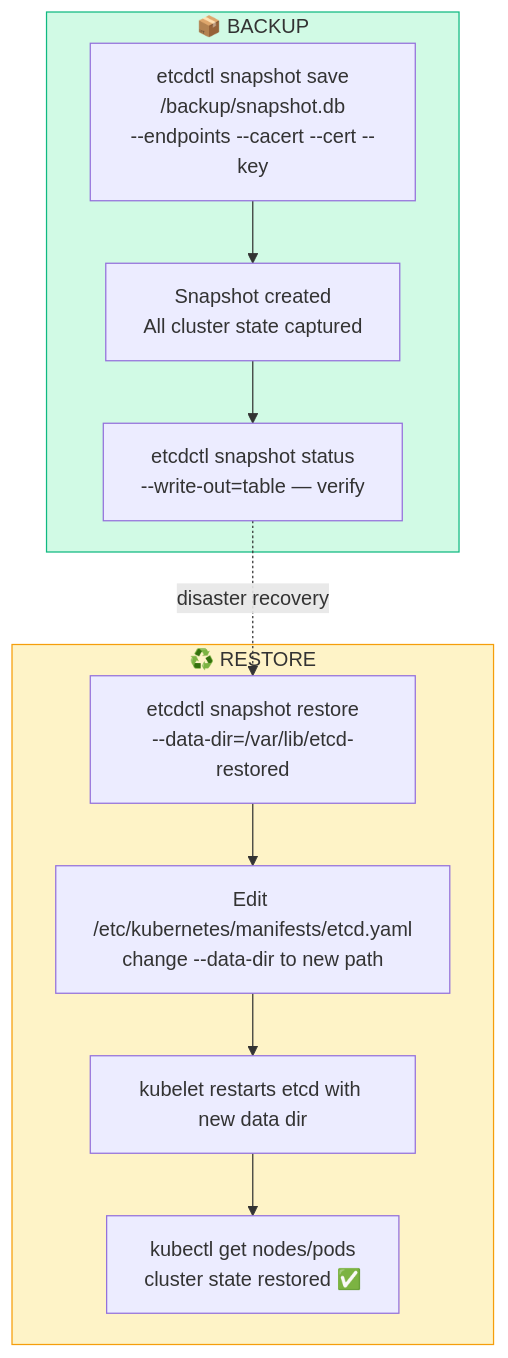
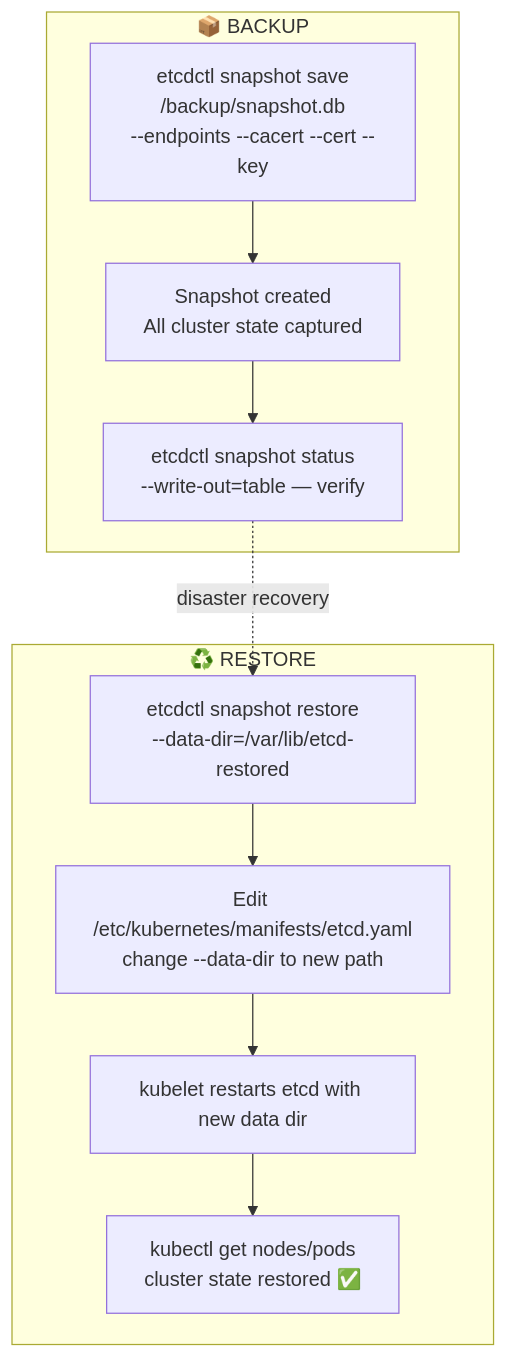
Before and after one commit to Gautam4424/k8slearn-content: the third of 5 diagrams in content/cka/11-cluster-maintenance-drain-upgrade-etcd-backup/overview/overview.md, drawn with Mermaid. The commit also changed other lines of this file and 40 other files, not shown here.

Commit message:
chore: fix mermaid style regex

````diff
--- a/content/cka/11-cluster-maintenance-drain-upgrade-etcd-backup/overview/overview.md
+++ b/content/cka/11-cluster-maintenance-drain-upgrade-etcd-backup/overview/overview.md
@@ -327,21 +324,18 @@
 ```mermaid
 flowchart TD
     subgraph BACKUP["📦 BACKUP"]
         B1["etcdctl snapshot save\n/backup/snapshot.db\n--endpoints --cacert --cert --key"]
         B2["Snapshot created\nAll cluster state captured"]
         B3["etcdctl snapshot status\n--write-out=table — verify"]
     end
 
     subgraph RESTORE["♻️ RESTORE"]
         R1["etcdctl snapshot restore\n--data-dir=/var/lib/etcd-restored"]
         R2["Edit /etc/kubernetes/manifests/etcd.yaml\nchange --data-dir to new path"]
         R3["kubelet restarts etcd with new data dir"]
         R4["kubectl get nodes/pods\ncluster state restored ✅"]
     end
 
     B1 --> B2 --> B3
     B3 -.->|disaster recovery| R1 --> R2 --> R3 --> R4
-
-    style BACKUP fill:#d1fae5,stroke:#10b981
-    style RESTORE fill:#fef3c7,stroke:#f59e0b
 ```
````
